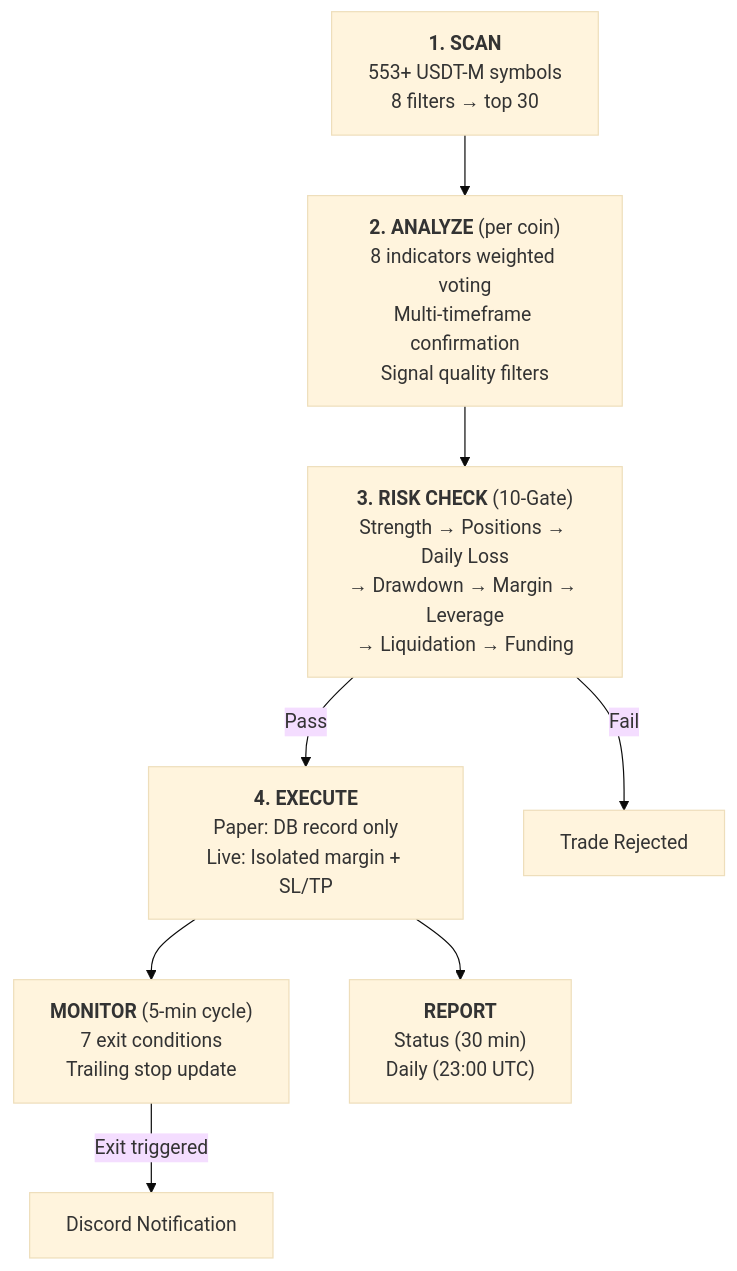
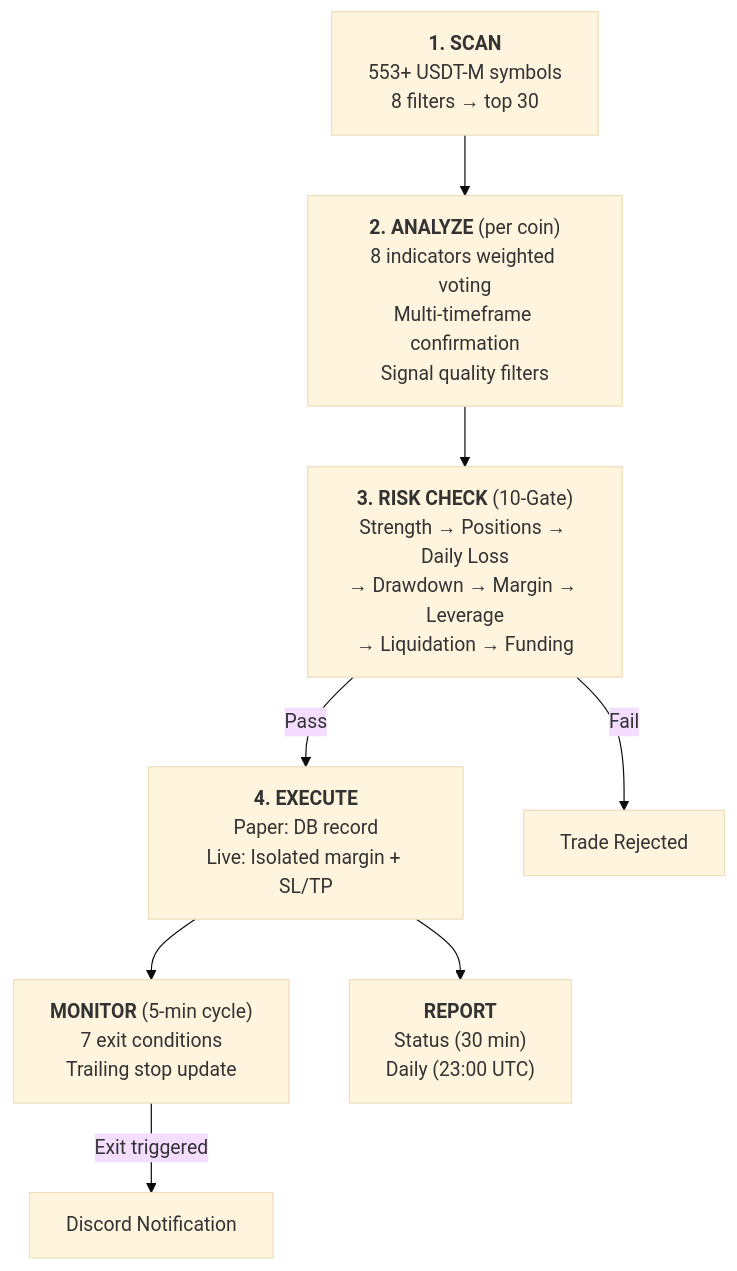
Before and after one commit to alton15/binance-futures-bot: the first of 2 diagrams in README.md, drawn with Mermaid (base theme). The commit also changed other lines of this file and 2 other files, not shown here.

````diff
--- a/README.md
+++ b/README.md
@@ -171,10 +171,10 @@
 ```mermaid
 graph TD
     SCAN["<b>1. SCAN</b><br/>553+ USDT-M symbols<br/>8 filters → top 30"] --> ANALYZE["<b>2. ANALYZE</b> (per coin)<br/>8 indicators weighted voting<br/>Multi-timeframe confirmation<br/>Signal quality filters"]
     ANALYZE --> RISK["<b>3. RISK CHECK</b> (10-Gate)<br/>Strength → Positions → Daily Loss<br/>→ Drawdown → Margin → Leverage<br/>→ Liquidation → Funding"]
-    RISK -->|Pass| EXEC["<b>4. EXECUTE</b><br/>Paper: DB record only<br/>Live: Isolated margin + SL/TP"]
+    RISK -->|Pass| EXEC["<b>4. EXECUTE</b><br/>Paper: DB record<br/>Live: Isolated margin + SL/TP"]
     RISK -->|Fail| REJECT[Trade Rejected]
     EXEC --> MON["<b>MONITOR</b> (5-min cycle)<br/>7 exit conditions<br/>Trailing stop update"]
     EXEC --> REPORT["<b>REPORT</b><br/>Status (30 min)<br/>Daily (23:00 UTC)"]
     MON -->|Exit triggered| DISCORD[Discord Notification]
 ```
````
